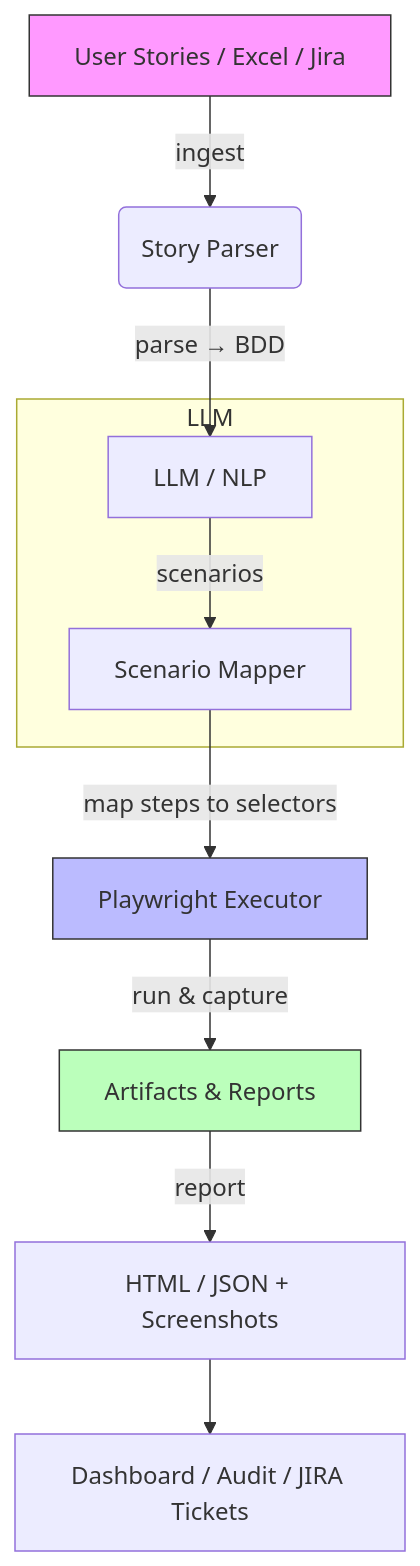
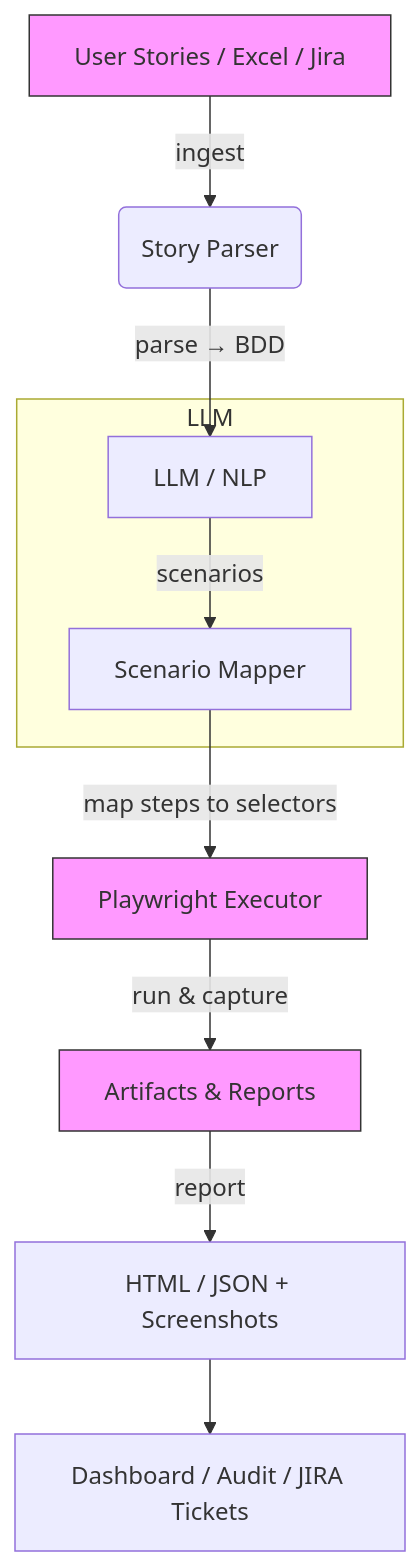
The diagram in README.md (AravCodes/UAT-Automation-POC-), drawn with Mermaid before and after one commit. The commit also changed other lines of this file, not shown here.

````diff
--- a/README.md
+++ b/README.md
@@ -9,19 +7,19 @@
 ```mermaid
 flowchart TD
   A[User Stories / Excel / Jira] -->|ingest| B(Story Parser)
   B -->|parse → BDD| C[LLM / NLP]
   C -->|scenarios| D[Scenario Mapper]
   D -->|map steps to selectors| E[Playwright Executor]
   E -->|run & capture| F[Artifacts & Reports]
   F -->|report| G[HTML / JSON + Screenshots]
   G --> H[Dashboard / Audit / JIRA Tickets]
 
   subgraph LLM
     C
     D
   end
 
   style A fill:#f9f,stroke:#333,stroke-width:1px
-  style E fill:#bbf,stroke:#333,stroke-width:1px
-  style F fill:#bfb,stroke:#333,stroke-width:1px
+  style E fill:#f9f,stroke:#333,stroke-width:1px
+  style F fill:#f9f,stroke:#333,stroke-width:1px
 ```
````
